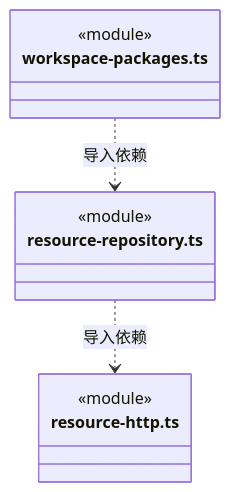
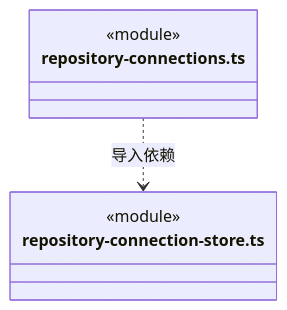
One commit to nan023062/cbim changed the sixth of 6 diagrams in src/backend/main/resources/ARCHITECTURE.md. Above: the diagram before and after it, drawn with Mermaid. The commit also changed other lines of this file and 48 other files, not shown here.

Commit message:
refactor(logic): migrate resource repository services

````diff
--- a/src/backend/main/resources/ARCHITECTURE.md
+++ b/src/backend/main/resources/ARCHITECTURE.md
@@ -349,14 +189,10 @@
 ```mermaid
 classDiagram
-class N_src_backend_main_resources_resource_repository_ts["resource-repository.ts"] {
+class N_src_backend_main_resources_repository_connections_ts["repository-connections.ts"] {
   <<module>>
 }
-class N_src_backend_main_resources_resource_http_ts["resource-http.ts"] {
+class N_src_backend_main_resources_repository_connection_store_ts["repository-connection-store.ts"] {
   <<module>>
 }
-class N_src_backend_main_resources_workspace_packages_ts["workspace-packages.ts"] {
-  <<module>>
-}
-N_src_backend_main_resources_resource_repository_ts ..> N_src_backend_main_resources_resource_http_ts : 导入依赖
-N_src_backend_main_resources_workspace_packages_ts ..> N_src_backend_main_resources_resource_repository_ts : 导入依赖
+N_src_backend_main_resources_repository_connections_ts ..> N_src_backend_main_resources_repository_connection_store_ts : 导入依赖
 ```
````
